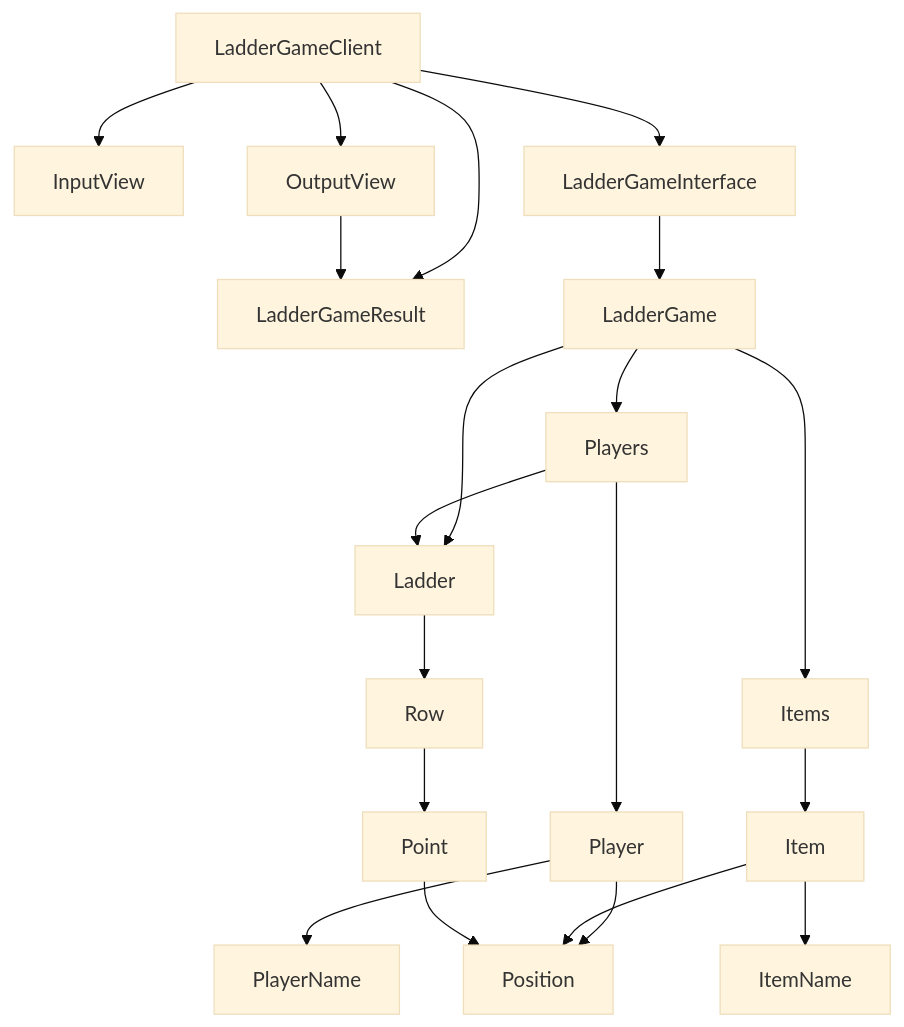
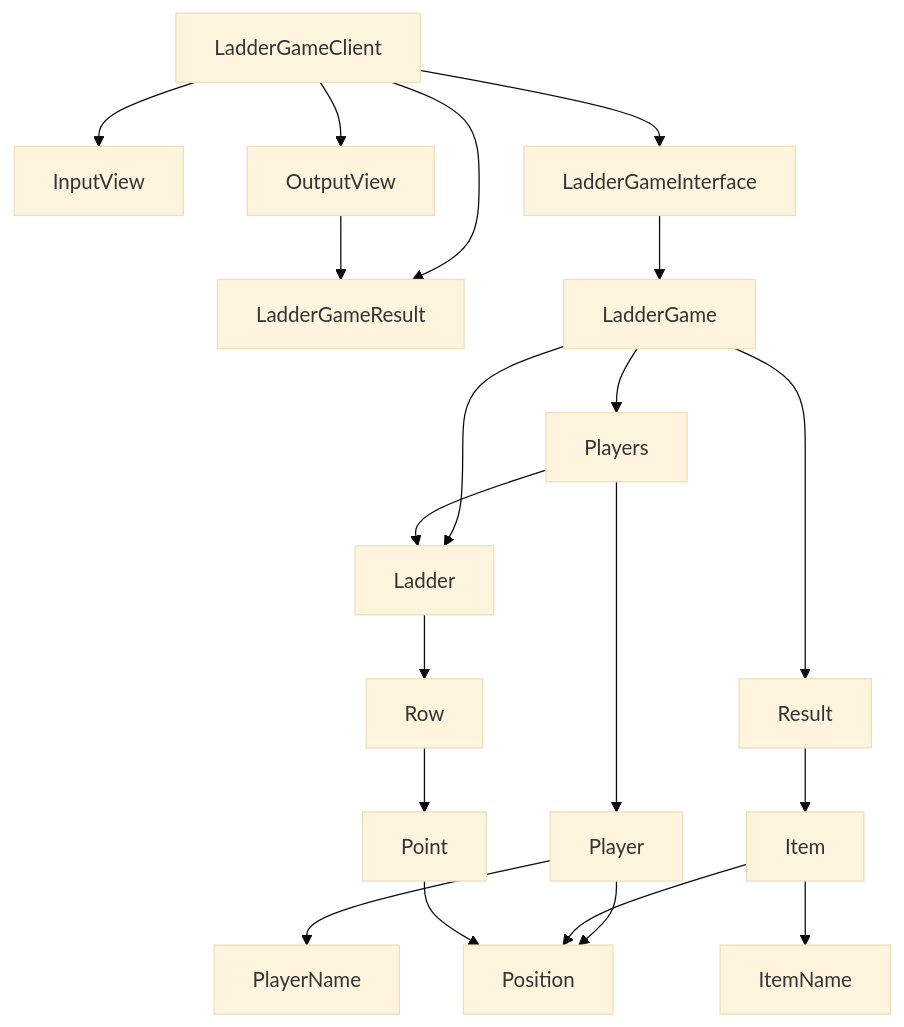
The diagram in README.md (woowacourse/java-ladder), drawn with Mermaid (base theme) before and after one commit. The commit also changed 1 other file, not shown here.

Commit message:
feat: item 들을 가지고 있는 result추가

````diff
--- a/README.md
+++ b/README.md
@@ -5,28 +5,28 @@
 ```mermaid
 graph TD
 
 LadderGameClient --> InputView
 LadderGameClient --> OutputView
 LadderGameClient --> LadderGameInterface
 LadderGameClient --> LadderGameResult
 OutputView --> LadderGameResult
 
 LadderGameInterface --> LadderGame
 LadderGame -->Ladder
 Ladder --> Row
 Row --> Point
 
 LadderGame --> Players
 Players --> Player
 Player --> PlayerName
 Player --> Position
 Players --> Ladder
 
-LadderGame --> Items
-Items --> Item
+LadderGame --> Result
+Result --> Item
 Item --> ItemName
 Item --> Position
 
 Point --> Position
 
 ```
````
